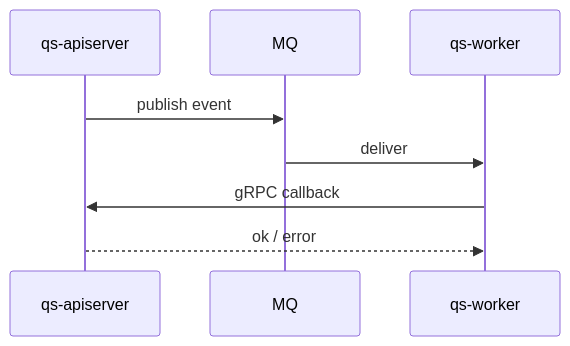
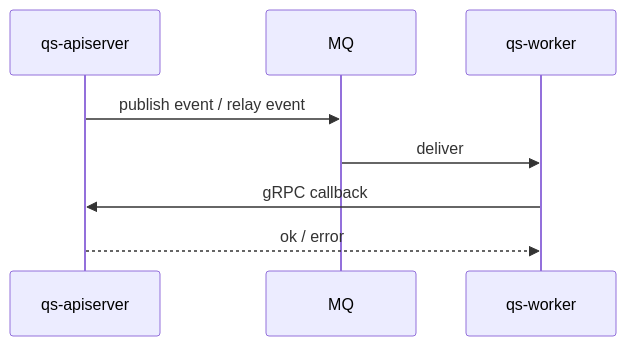
Before and after one commit to FangcunMount/qs-server: the third of 4 diagrams in docs/01-运行时/04-进程间通信.md, drawn with Mermaid. The commit also changed other lines of this file and 41 other files, not shown here.

````diff
--- a/docs/01-运行时/04-进程间通信.md
+++ b/docs/01-运行时/04-进程间通信.md
@@ -84,11 +84,11 @@
 ```mermaid
 sequenceDiagram
     participant Api as qs-apiserver
     participant MQ as MQ
     participant W as qs-worker
 
-    Api->>MQ: publish event
+    Api->>MQ: publish event / relay event
     MQ->>W: deliver
     W->>Api: gRPC callback
     Api-->>W: ok / error
 ```
````
